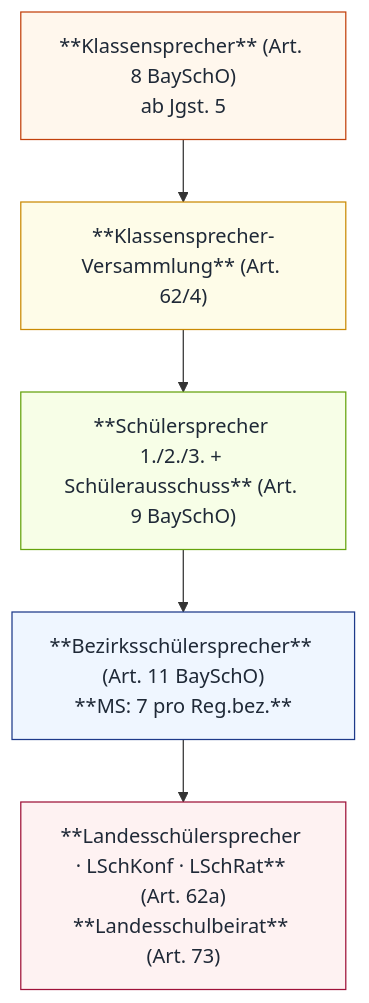
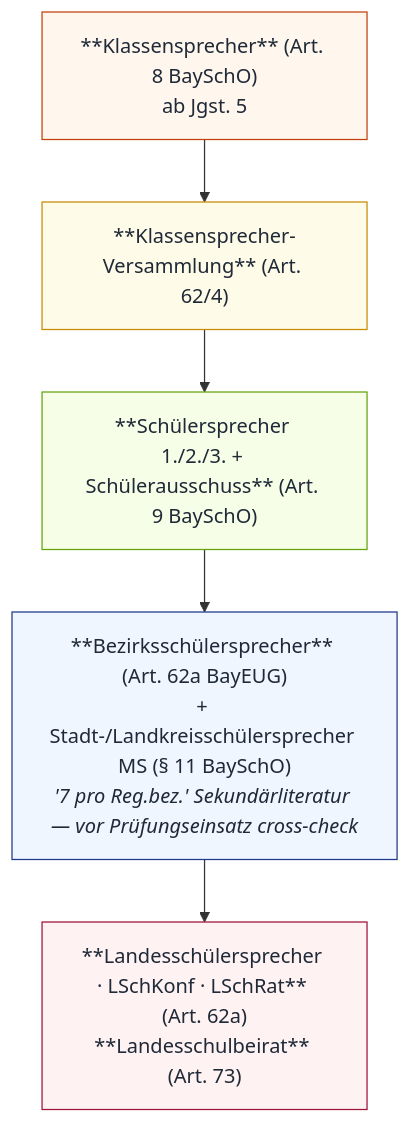
One commit to snflsknfkldnfs/weitergehts-online changed the third of 3 diagrams in _mkdocs/docs/mp05/index.md. Above: the diagram before and after it, drawn with Mermaid. The commit also changed other lines of this file and 29 other files, not shown here.

````diff
--- a/_mkdocs/docs/mp05/index.md
+++ b/_mkdocs/docs/mp05/index.md
@@ -189,16 +189,16 @@
 ```mermaid
 flowchart TB
     KS["**Klassensprecher** (Art. 8 BaySchO)<br/>ab Jgst. 5"]:::stage1
     KSV["**Klassensprecher-Versammlung** (Art. 62/4)"]:::stage2
     SCH["**Schülersprecher 1./2./3. + Schülerausschuss** (Art. 9 BaySchO)"]:::stage3
-    BEZ["**Bezirksschülersprecher** (Art. 11 BaySchO)<br/>**MS: 7 pro Reg.bez.**"]:::stage4
+    BEZ["**Bezirksschülersprecher** (Art. 62a BayEUG)<br/>+ Stadt-/Landkreisschülersprecher MS (§ 11 BaySchO)<br/><i>'7 pro Reg.bez.' Sekundärliteratur — vor Prüfungseinsatz cross-check</i>"]:::stage4
     LAND["**Landesschülersprecher · LSchKonf · LSchRat** (Art. 62a)<br/>**Landesschulbeirat** (Art. 73)"]:::stage5
 
     KS --> KSV --> SCH --> BEZ --> LAND
 
     classDef stage1 fill:#fff7ed,stroke:#c2410c,color:#1f2937
     classDef stage2 fill:#fefce8,stroke:#ca8a04,color:#1f2937
     classDef stage3 fill:#f7fee7,stroke:#65a30d,color:#1f2937
     classDef stage4 fill:#eff6ff,stroke:#1e3a8a,color:#1f2937
     classDef stage5 fill:#fef2f2,stroke:#9f1239,color:#1f2937
 ```
````
